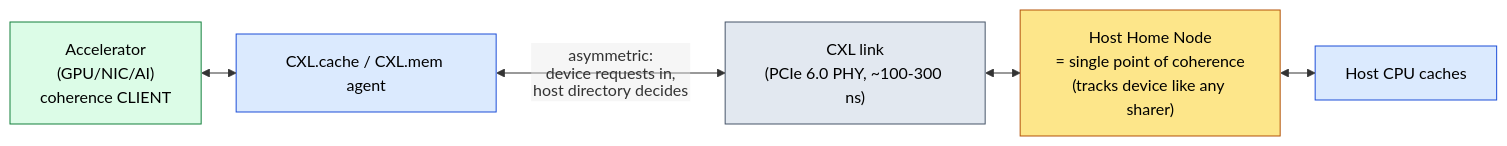
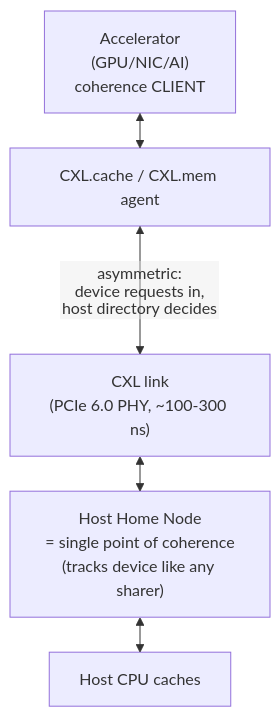
One commit to Wty2003328/silicon-design-notebook changed the sixth of 20 diagrams in 01_Architecture_and_PPA/01_CPU_Architecture/06_Coherence_and_Consistency/03_ACE_and_CHI.md. Above: the diagram before and after it, drawn with Mermaid. The commit also changed other lines of this file and 125 other files, not shown here.

First line of the commit message:
Complete the AMBA family, refresh the learning path, and make every figure and formula actually render

````diff
--- a/01_Architecture_and_PPA/01_CPU_Architecture/06_Coherence_and_Consistency/03_ACE_and_CHI.md
+++ b/01_Architecture_and_PPA/01_CPU_Architecture/06_Coherence_and_Consistency/03_ACE_and_CHI.md
@@ -438,18 +432,13 @@
 ```mermaid
 %%{init: {"flowchart": {"defaultRenderer": "elk", "nodeSpacing": 55, "rankSpacing": 50, "htmlLabels": false}}}%%
-flowchart LR
-    DEV["Accelerator<br/>(GPU/NIC/AI)<br/>coherence CLIENT"]:::dev
-    AG["CXL.cache / CXL.mem agent"]:::ag
-    LNK["CXL link<br/>(PCIe 6.0 PHY, ~100-300 ns)"]:::lnk
-    HN["Host Home Node<br/>= single point of coherence<br/>(tracks device like any sharer)"]:::hn
-    HOST["Host CPU caches"]:::rn
+flowchart TD
+    DEV["Accelerator<br/>(GPU/NIC/AI)<br/>coherence CLIENT"]
+    AG["CXL.cache / CXL.mem agent"]
+    LNK["CXL link<br/>(PCIe 6.0 PHY, ~100-300 ns)"]
+    HN["Host Home Node<br/>= single point of coherence<br/>(tracks device like any sharer)"]
+    HOST["Host CPU caches"]
     DEV <--> AG
     AG <-->|"asymmetric:<br/>device requests in,<br/>host directory decides"| LNK
     LNK <--> HN
     HN <--> HOST
-    classDef dev fill:#dcfce7,stroke:#15803d,color:#000
-    classDef ag fill:#dbeafe,stroke:#1d4ed8,color:#000
-    classDef lnk fill:#e2e8f0,stroke:#475569,color:#000
-    classDef hn fill:#fde68a,stroke:#b45309,color:#000
-    classDef rn fill:#dbeafe,stroke:#1d4ed8,color:#000
 ```
````
